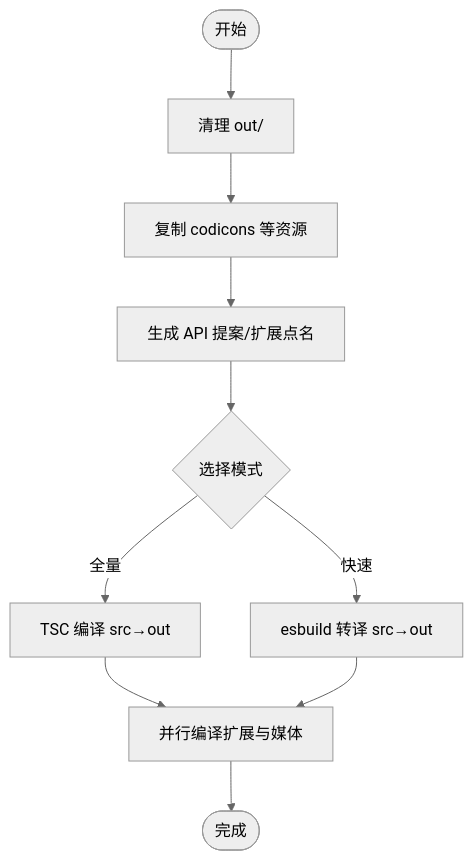
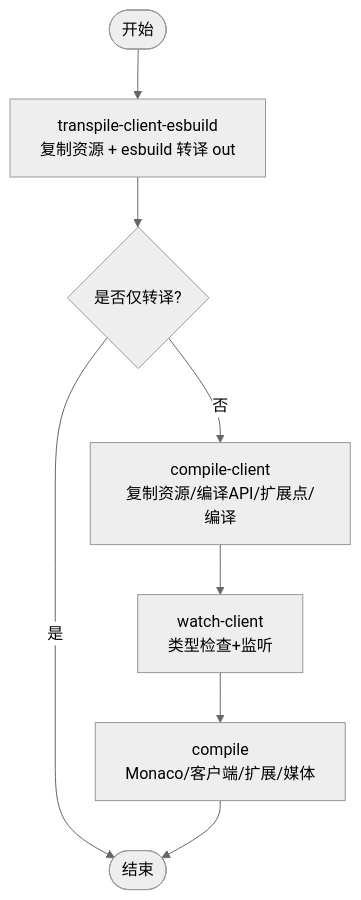
Before and after one commit to sofate798/KodrixCode: the third of 7 diagrams in .qoder/repowiki/zh/content/构建与部署/构建与部署.md, drawn with Mermaid (neutral theme). The commit also changed other lines of this file and 178 other files, not shown here.

````diff
--- a/.qoder/repowiki/zh/content/构建与部署/构建与部署.md
+++ b/.qoder/repowiki/zh/content/构建与部署/构建与部署.md
@@ -138,12 +130,10 @@
 ```mermaid
 flowchart TD
-Start(["开始"]) --> Clean["清理 out/"]
-Clean --> CopyIcons["复制 codicons 等资源"]
-CopyIcons --> GenAPI["生成 API 提案/扩展点名"]
-GenAPI --> Mode{"选择模式"}
-Mode --> |全量| TSC["TSC 编译 src→out"]
-Mode --> |快速| ESBuild["esbuild 转译 src→out"]
-TSC --> Ext["并行编译扩展与媒体"]
-ESBuild --> Ext
-Ext --> End(["完成"])
+Start(["开始"]) --> T1["transpile-client-esbuild<br/>复制资源 + esbuild 转译 out"]
+T1 --> T2{"是否仅转译?"}
+T2 -- 是 --> End(["结束"])
+T2 -- 否 --> T3["compile-client<br/>复制资源/编译API/扩展点/编译"]
+T3 --> T4["watch-client<br/>类型检查+监听"]
+T4 --> CompileAll["compile<br/>Monaco/客户端/扩展/媒体"]
+CompileAll --> End
 ```
````
